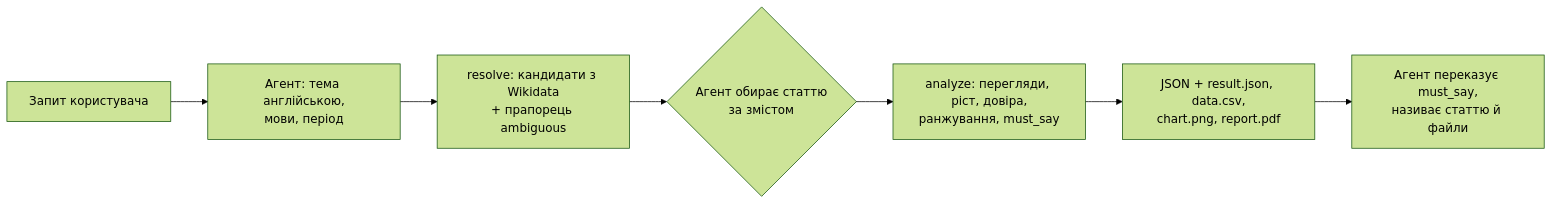
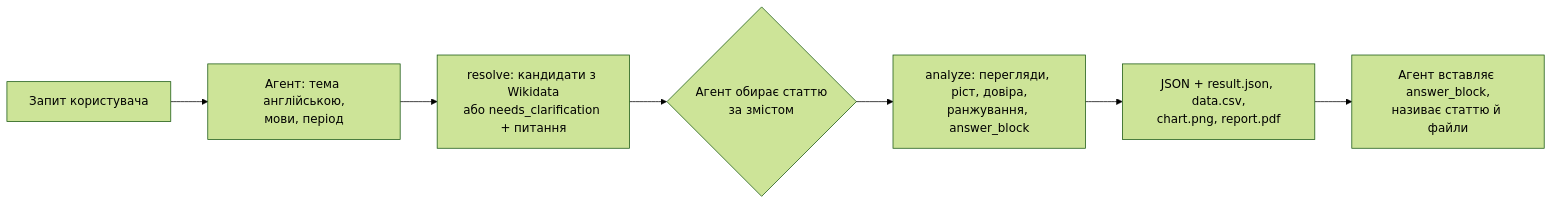
The diagram in README.md (cookiefbi/wikipedia-demand-signals), drawn with Mermaid (forest theme) before and after one commit. The commit also changed other lines of this file and 7 other files, not shown here.

First line of the commit message:
After T16: answer_block, needs_clarification, no_article offer in code

````diff
--- a/README.md
+++ b/README.md
@@ -69,9 +69,9 @@
 ```mermaid
 flowchart LR
   Q["Запит користувача"] --> A["Агент: тема англійською,<br>мови, період"]
-  A --> R["resolve: кандидати з Wikidata<br>+ прапорець ambiguous"]
+  A --> R["resolve: кандидати з Wikidata<br>або needs_clarification + питання"]
   R --> C{"Агент обирає статтю<br>за змістом"}
-  C --> N["analyze: перегляди, ріст, довіра,<br>ранжування, must_say"]
+  C --> N["analyze: перегляди, ріст, довіра,<br>ранжування, answer_block"]
   N --> F["JSON + result.json, data.csv,<br>chart.png, report.pdf"]
-  F --> V["Агент переказує must_say,<br>називає статтю й файли"]
+  F --> V["Агент вставляє answer_block,<br>називає статтю й файли"]
 ```
````
